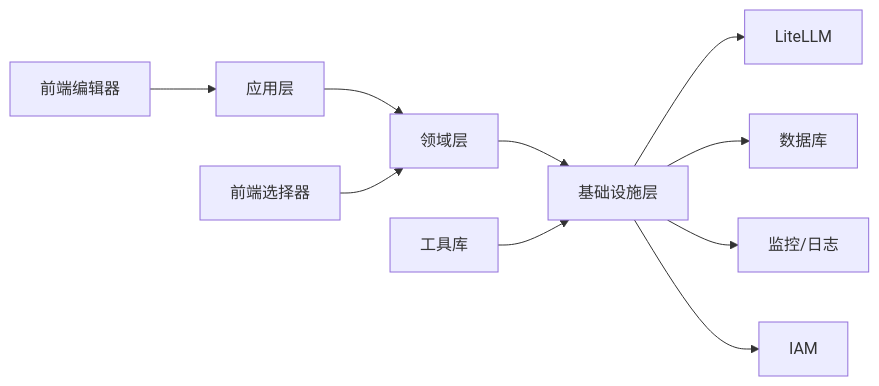
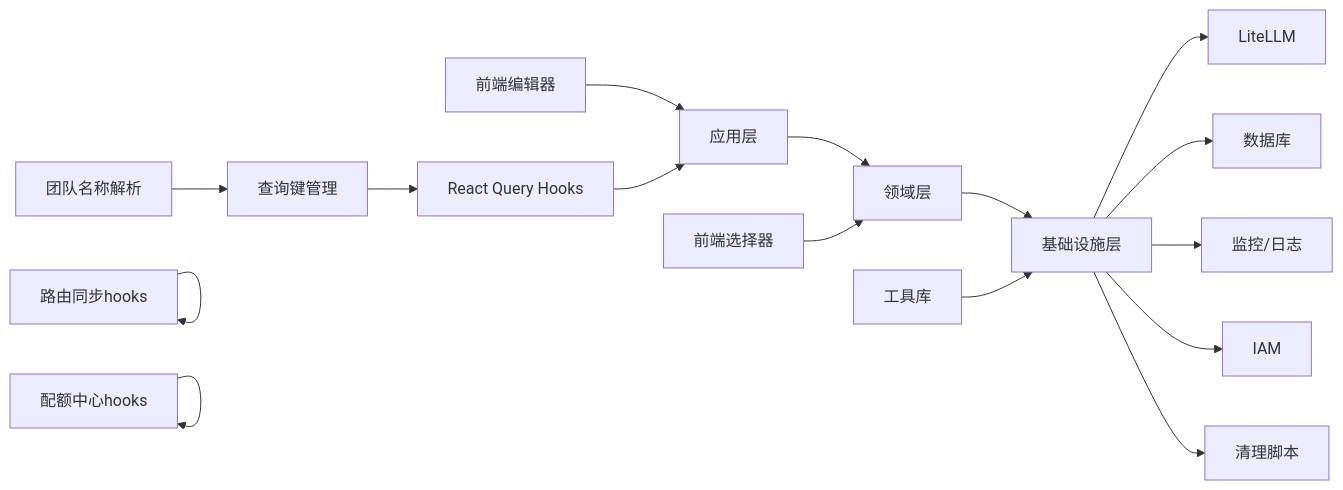
One commit to tianyehedashu/ai-agent changed diagram 20 of 20 in .qoder/repowiki/zh/content/网关服务架构/网关服务架构.md. Above: the diagram before and after it, drawn with Mermaid. The commit also changed other lines of this file and 50 other files, not shown here.

````diff
--- a/.qoder/repowiki/zh/content/网关服务架构/网关服务架构.md
+++ b/.qoder/repowiki/zh/content/网关服务架构/网关服务架构.md
@@ -864,12 +860,18 @@
 ```mermaid
 graph LR
 APP["应用层"] --> DOMAIN["领域层"]
 DOMAIN --> INFRA["基础设施层"]
 INFRA --> LLM["LiteLLM"]
 INFRA --> DB["数据库"]
 INFRA --> MON["监控/日志"]
 INFRA --> IAM["IAM"]
+INFRA --> CLEANUP["清理脚本"]
 LIBS["工具库"] --> INFRA
 FE_EDITOR["前端编辑器"] --> APP
 FE_SELECT["前端选择器"] --> DOMAIN
+FE_HOOKS["React Query Hooks"] --> APP
+FE_QUERY_KEYS["查询键管理"] --> FE_HOOKS
+FE_TEAM_RESOLVE["团队名称解析"] --> FE_QUERY_KEYS
+FE_ROUTE_SYNC["路由同步hooks"] --> FE_ROUTE_SYNC
+FE_QUOTA_CENTER["配额中心hooks"] --> FE_QUOTA_CENTER
 ```
````
